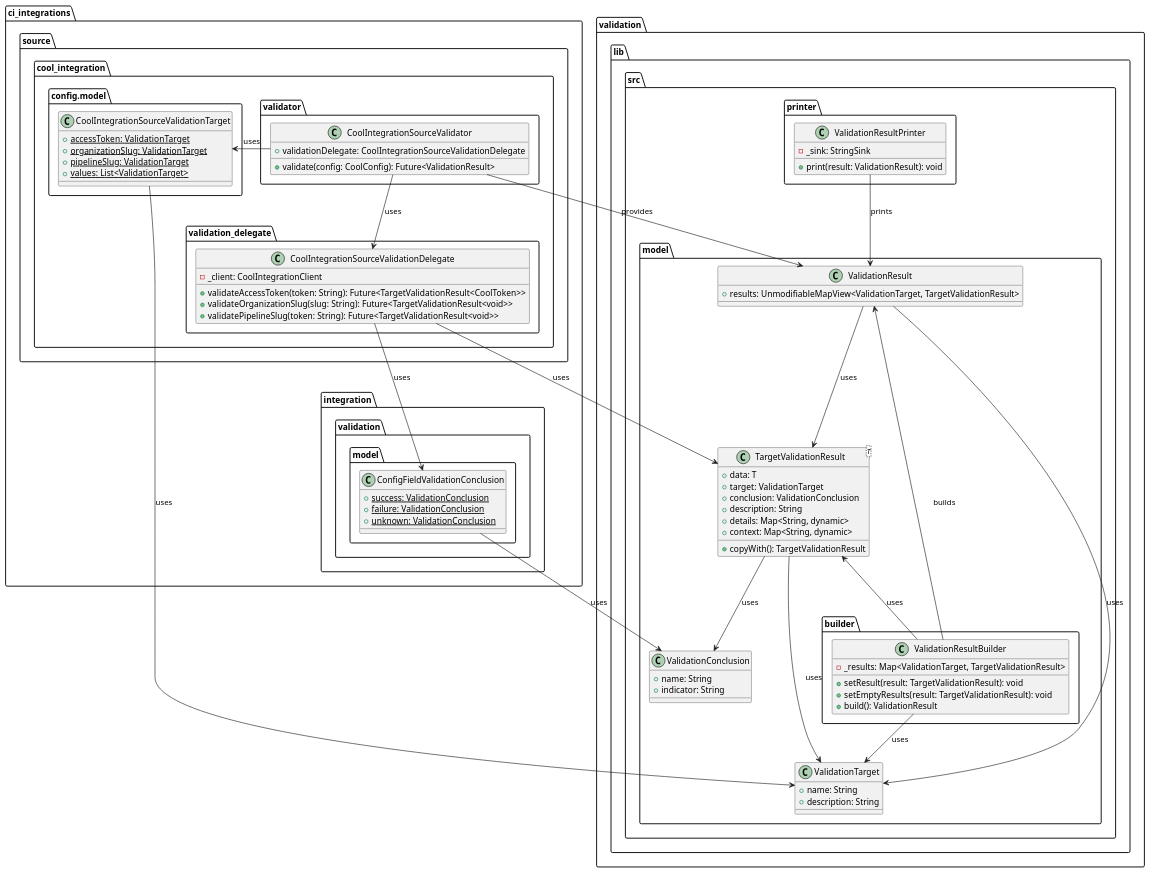
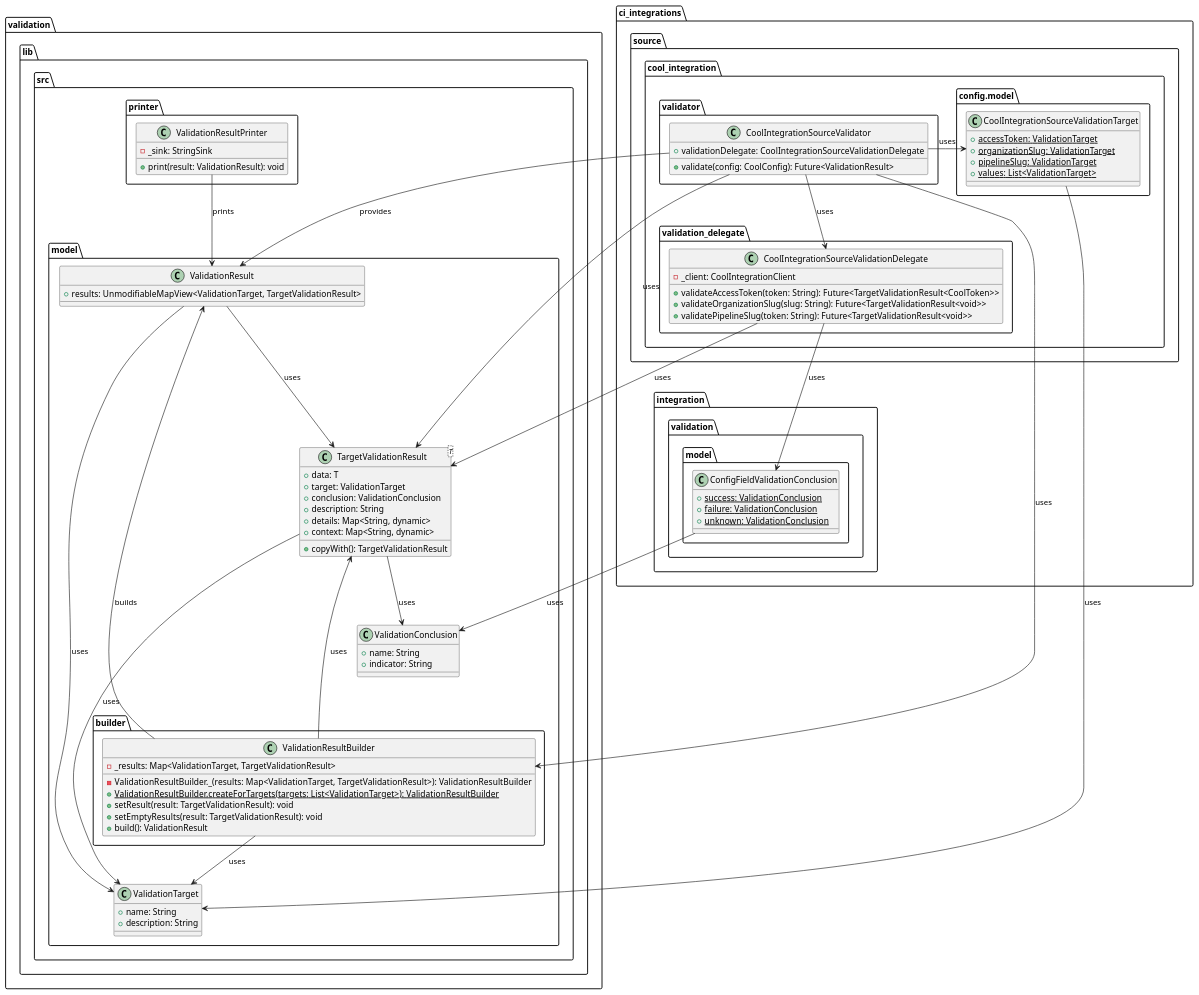
Before and after one commit to Flank/flank-dashboard: the diagram in metrics/cli/docs/features/doctor_output_improvements/diagrams/ci_integrations_validator_class_diagram.puml, drawn with PlantUML. The commit also changed 3 other files, not shown here.

```diff
--- a/metrics/cli/docs/features/doctor_output_improvements/diagrams/ci_integrations_validator_class_diagram.puml
+++ b/metrics/cli/docs/features/doctor_output_improvements/diagrams/ci_integrations_validator_class_diagram.puml
@@ -1,113 +1,119 @@
 @startuml ci_integrations_validator_class_diagram
 
 package validation.lib.src {
     package model {
         package builder {
             class ValidationResultBuilder {
                 - _results: Map<ValidationTarget, TargetValidationResult>
 
+                - ValidationResultBuilder._(results: Map<ValidationTarget, TargetValidationResult>): ValidationResultBuilder
+                + {static} ValidationResultBuilder.createForTargets(targets: List<ValidationTarget>): ValidationResultBuilder
                 + setResult(result: TargetValidationResult): void
                 + setEmptyResults(result: TargetValidationResult): void
                 + build(): ValidationResult
             }
         }
 
         class ValidationTarget {
             + name: String
             + description: String
         }
 
         class ValidationConclusion {
             + name: String
             + indicator: String
         }
 
         class TargetValidationResult<T> {
             + data: T
             + target: ValidationTarget
             + conclusion: ValidationConclusion
             + description: String
             + details: Map<String, dynamic>
             + context: Map<String, dynamic>
 
             + copyWith(): TargetValidationResult
         }
 
         class ValidationResult{
             + results: UnmodifiableMapView<ValidationTarget, TargetValidationResult>
         }
     }
 
     package printer {
         class ValidationResultPrinter{
             - _sink: StringSink
 
             + print(result: ValidationResult): void
         }
     }
 }
 
 package ci_integrations {
     package integration.validation.model {
         class ConfigFieldValidationConclusion {
             + {static} success: ValidationConclusion
             + {static} failure: ValidationConclusion
             + {static} unknown: ValidationConclusion
         }
     }
 
     package source.cool_integration {
         package config.model as cool_integration_config_model {
             class CoolIntegrationSourceValidationTarget {
                 + {static} accessToken: ValidationTarget
                 + {static} organizationSlug: ValidationTarget
                 + {static} pipelineSlug: ValidationTarget
                 + {static} values: List<ValidationTarget>
             }
         }
 
         package validation_delegate {
             class CoolIntegrationSourceValidationDelegate {
                 - _client: CoolIntegrationClient
 
                 + validateAccessToken(token: String): Future<TargetValidationResult<CoolToken>>
                 + validateOrganizationSlug(slug: String): Future<TargetValidationResult<void>>
                 + validatePipelineSlug(token: String): Future<TargetValidationResult<void>>
             }
         }
 
         package validator {
             class CoolIntegrationSourceValidator {
                 + validationDelegate: CoolIntegrationSourceValidationDelegate
 
                 + validate(config: CoolConfig): Future<ValidationResult>
             }
         }
     }
 }
 
 TargetValidationResult --> ValidationTarget : uses
 TargetValidationResult --> ValidationConclusion : uses
 
 ValidationResult --> TargetValidationResult : uses
 ValidationResult --> ValidationTarget : uses
 
 ValidationResultBuilder -up-> ValidationResult : builds
 ValidationResultBuilder --> ValidationTarget : uses
 ValidationResultBuilder -up-> TargetValidationResult : uses
 
 ValidationResultPrinter --> ValidationResult : prints
 
 CoolIntegrationSourceValidator --> CoolIntegrationSourceValidationDelegate : uses
 CoolIntegrationSourceValidator --> ValidationResult : provides
 CoolIntegrationSourceValidator -left-> CoolIntegrationSourceValidationTarget : uses
+CoolIntegrationSourceValidator --> TargetValidationResult : uses
+CoolIntegrationSourceValidator  --> ValidationResultBuilder : uses
 
 CoolIntegrationSourceValidationDelegate --> TargetValidationResult : uses
 
 CoolIntegrationSourceValidationTarget --> ValidationTarget : uses
 
 ConfigFieldValidationConclusion --> ValidationConclusion : uses
 
 CoolIntegrationSourceValidationDelegate -down-> ConfigFieldValidationConclusion : uses
 
+ValidationConclusion -[hidden]down-> ValidationResultBuilder
+
 @enduml
```
